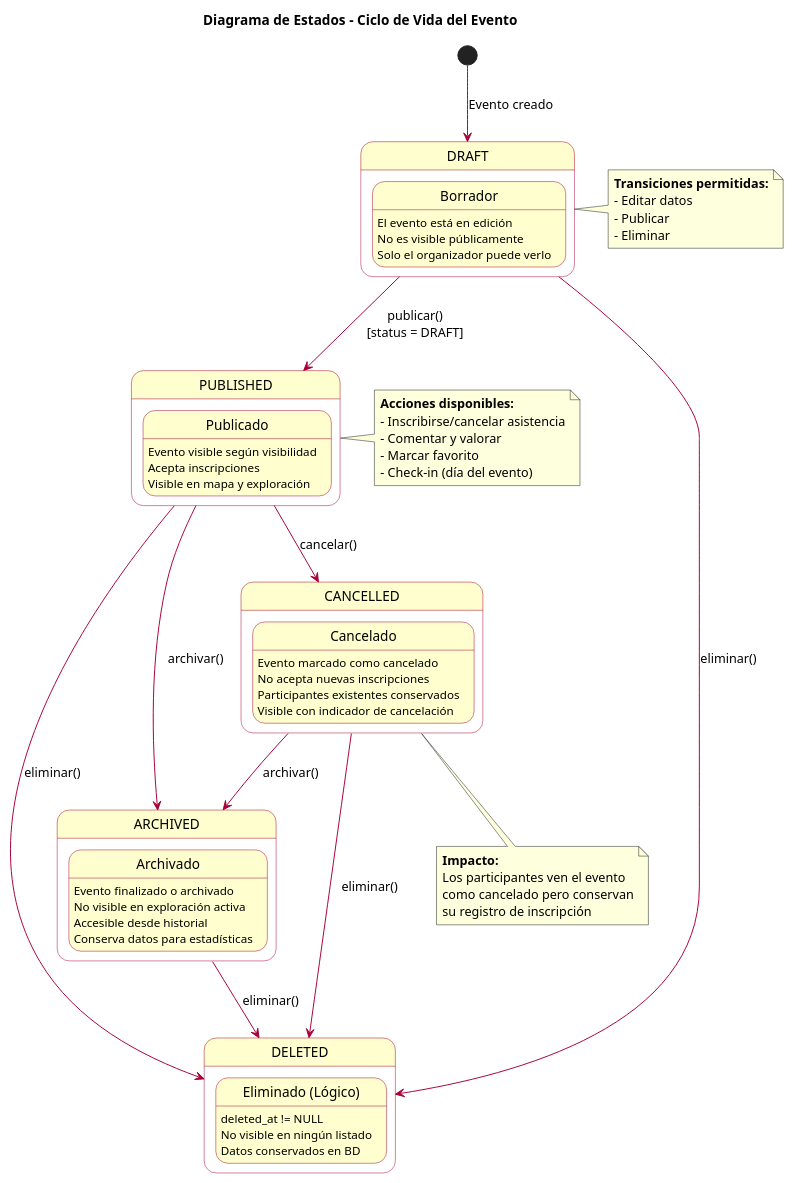
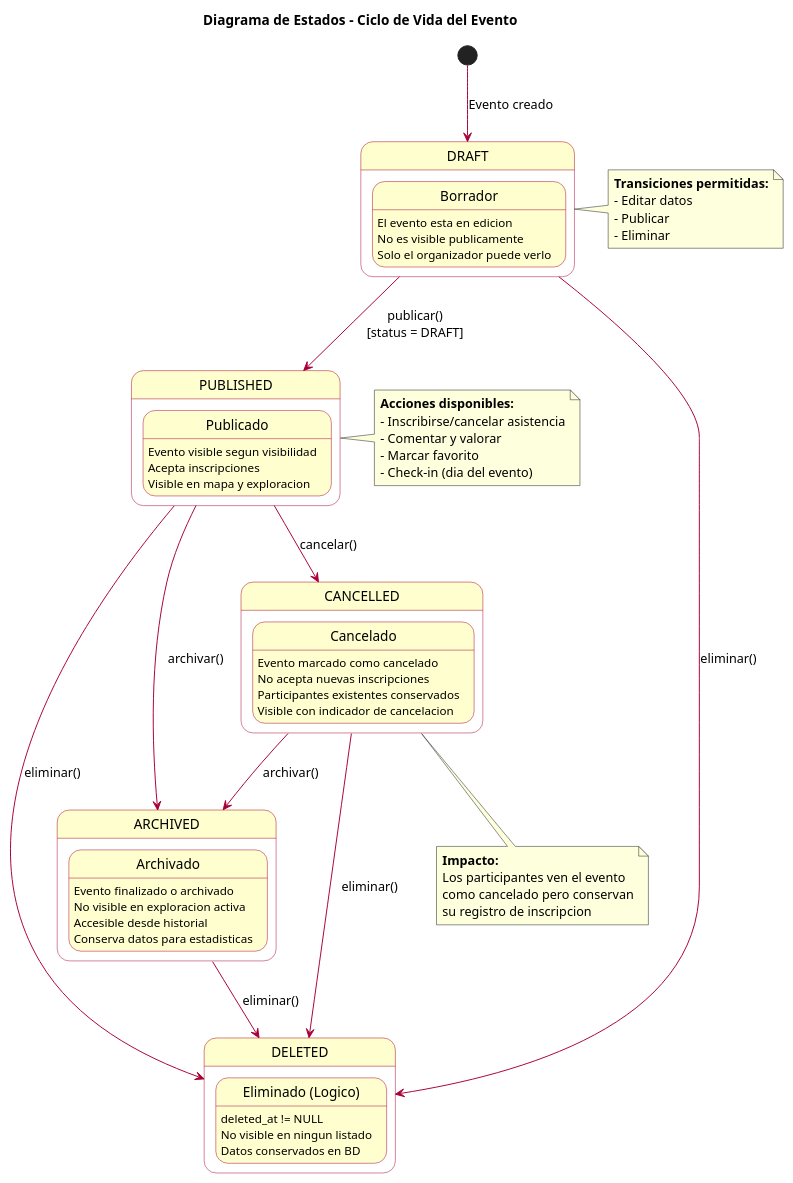
Before and after one commit to JeremyTierra/Azuevento: the diagram in plan/diagramas/04_estados_evento.puml, drawn with PlantUML. The commit also changed 14 other files, not shown here.

Commit message:
Refactor diagrams to standardize Spanish terminology and improve consistency

```diff
--- a/plan/diagramas/04_estados_evento.puml
+++ b/plan/diagramas/04_estados_evento.puml
@@ -1,81 +1,81 @@
 @startuml Estados_Evento
 skinparam stateBackgroundColor #FEFECE
 skinparam stateBorderColor #A80036
 skinparam arrowColor #A80036
 
 title Diagrama de Estados - Ciclo de Vida del Evento
 
 [*] --> DRAFT : Evento creado
 
 state DRAFT {
     state "Borrador" as draft_internal
-    draft_internal : El evento está en edición
-    draft_internal : No es visible públicamente
+    draft_internal : El evento esta en edicion
+    draft_internal : No es visible publicamente
     draft_internal : Solo el organizador puede verlo
 }
 
 state PUBLISHED {
     state "Publicado" as pub_internal
-    pub_internal : Evento visible según visibilidad
+    pub_internal : Evento visible segun visibilidad
     pub_internal : Acepta inscripciones
-    pub_internal : Visible en mapa y exploración
+    pub_internal : Visible en mapa y exploracion
 }
 
 state CANCELLED {
     state "Cancelado" as cancel_internal
     cancel_internal : Evento marcado como cancelado
     cancel_internal : No acepta nuevas inscripciones
     cancel_internal : Participantes existentes conservados
-    cancel_internal : Visible con indicador de cancelación
+    cancel_internal : Visible con indicador de cancelacion
 }
 
 state ARCHIVED {
     state "Archivado" as arch_internal
     arch_internal : Evento finalizado o archivado
-    arch_internal : No visible en exploración activa
+    arch_internal : No visible en exploracion activa
     arch_internal : Accesible desde historial
-    arch_internal : Conserva datos para estadísticas
+    arch_internal : Conserva datos para estadisticas
 }
 
 state DELETED {
-    state "Eliminado (Lógico)" as del_internal
+    state "Eliminado (Logico)" as del_internal
     del_internal : deleted_at != NULL
-    del_internal : No visible en ningún listado
+    del_internal : No visible en ningun listado
     del_internal : Datos conservados en BD
 }
 
 DRAFT --> PUBLISHED : publicar()\n[status = DRAFT]
 DRAFT --> DELETED : eliminar()
 
 PUBLISHED --> CANCELLED : cancelar()
 PUBLISHED --> ARCHIVED : archivar()
 PUBLISHED --> DELETED : eliminar()
 
 CANCELLED --> ARCHIVED : archivar()
 CANCELLED --> DELETED : eliminar()
 
 ARCHIVED --> DELETED : eliminar()
 
 note right of DRAFT
   **Transiciones permitidas:**
   - Editar datos
   - Publicar
   - Eliminar
 end note
 
 note right of PUBLISHED
   **Acciones disponibles:**
   - Inscribirse/cancelar asistencia
   - Comentar y valorar
   - Marcar favorito
-  - Check-in (día del evento)
+  - Check-in (dia del evento)
 end note
 
 note bottom of CANCELLED
   **Impacto:**
   Los participantes ven el evento
   como cancelado pero conservan
-  su registro de inscripción
+  su registro de inscripcion
 end note
 
 @enduml
```
